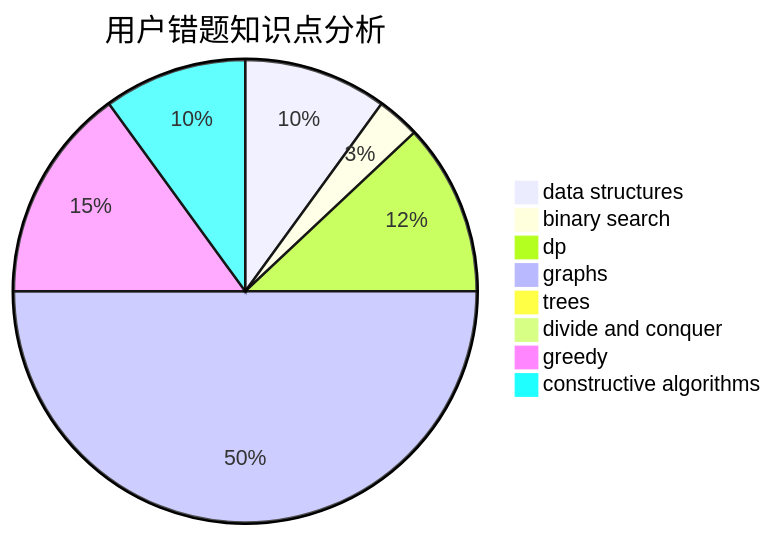
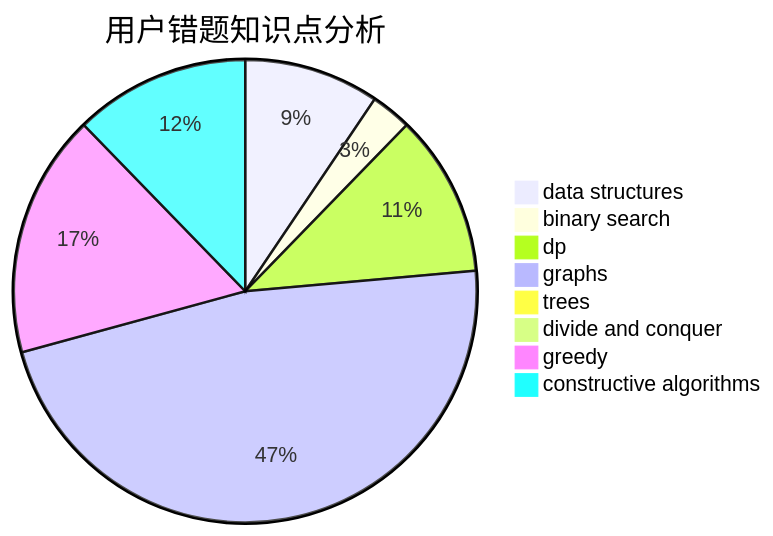
The third of 3 diagrams in docs/user/u504.md (sherpahu/cfrs.github.io), drawn with Mermaid before and after one commit. The commit also changed other lines of this file and 2770 other files, not shown here.

````diff
--- a/docs/user/u504.md
+++ b/docs/user/u504.md
@@ -36,11 +36,11 @@
 ```mermaid
 pie title 用户错题知识点分析
     "data structures" :  10
     "binary search" :  3
     "dp" :  12
     "graphs" :  50
     "trees" :  0
     "divide and conquer" :  0
-    "greedy" :  15
-    "constructive algorithms" :  10
+    "greedy" :  18
+    "constructive algorithms" :  13
 ```
````
